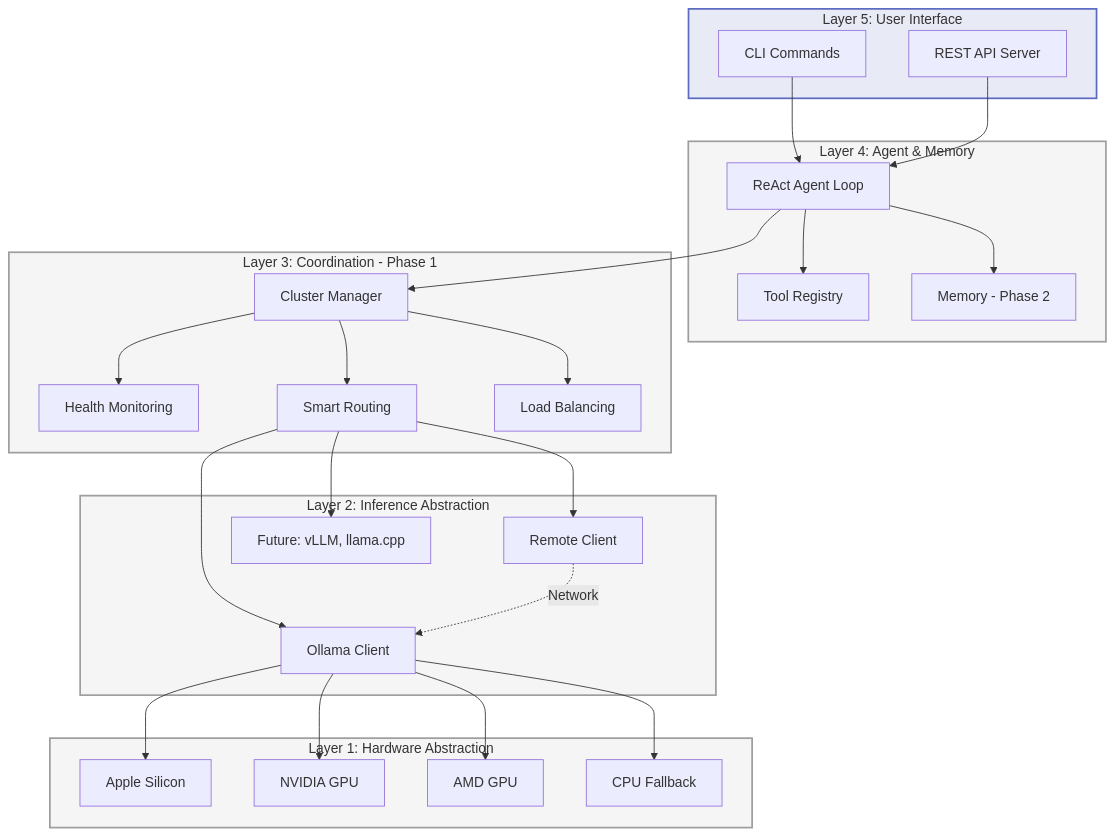
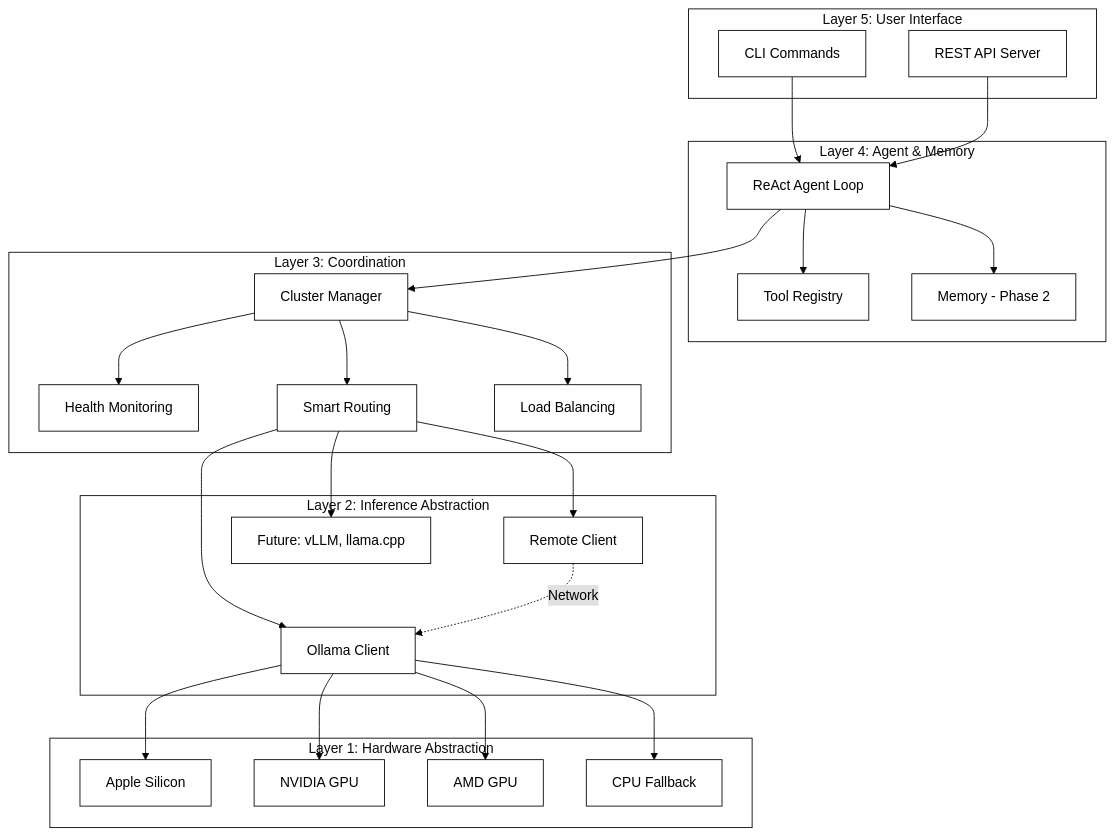
The second of 2 diagrams in README.md (smallthinkingmachines/harombe), drawn with Mermaid before and after one commit. The commit also changed other lines of this file, not shown here.

Commit message:
docs: update Mermaid diagrams with clean professional theme
- Use consistent base theme with black borders and white backgrounds
- Remove manual style overrides in favor of themeVariables
- Switch from 'graph' to 'flowchart' for better rendering
- Simplify coordinator label
- Update layer 3 label to just 'Coordination' (Phase 1 complete)
- Apply consistent theme across both architecture diagrams

````diff
--- a/README.md
+++ b/README.md
@@ -298,56 +294,51 @@
 ```mermaid
-graph TB
+%%{init: {'theme': 'base', 'themeVariables': {'primaryColor': '#ffffff', 'primaryTextColor': '#000000', 'primaryBorderColor': '#000000', 'lineColor': '#000000', 'secondaryColor': '#e8e8e8', 'tertiaryColor': '#f5f5f5', 'edgeLabelBackground': '#e0e0e0', 'clusterBkg': '#ffffff', 'clusterBorder': '#000000'}}}%%
+flowchart TB
     subgraph UI["Layer 5: User Interface"]
         CLI[CLI Commands]
         API[REST API Server]
     end
 
     subgraph Agent["Layer 4: Agent & Memory"]
         ReAct[ReAct Agent Loop]
         Tools[Tool Registry]
         Memory[Memory - Phase 2]
     end
 
-    subgraph Coord["Layer 3: Coordination - Phase 1"]
+    subgraph Coord["Layer 3: Coordination"]
         ClusterMgr[Cluster Manager]
         Health[Health Monitoring]
         Router[Smart Routing]
         LoadBal[Load Balancing]
     end
 
     subgraph Inference["Layer 2: Inference Abstraction"]
         OllamaClient[Ollama Client]
         RemoteClient[Remote Client]
         FutureClient[Future: vLLM, llama.cpp]
     end
 
     subgraph Hardware["Layer 1: Hardware Abstraction"]
         Apple[Apple Silicon]
         NVIDIA[NVIDIA GPU]
         AMD[AMD GPU]
         CPU[CPU Fallback]
     end
 
     CLI --> ReAct
     API --> ReAct
     ReAct --> Tools
     ReAct --> Memory
     ReAct --> ClusterMgr
     ClusterMgr --> Health
     ClusterMgr --> Router
     ClusterMgr --> LoadBal
     Router --> OllamaClient
     Router --> RemoteClient
     Router --> FutureClient
     OllamaClient --> Apple
     OllamaClient --> NVIDIA
     OllamaClient --> AMD
     OllamaClient --> CPU
     RemoteClient -.->|Network| OllamaClient
-
-    style UI fill:#e8eaf6,stroke:#5c6bc0,stroke-width:2px
-    style Agent fill:#f5f5f5,stroke:#9e9e9e,stroke-width:2px
-    style Coord fill:#f5f5f5,stroke:#9e9e9e,stroke-width:2px
-    style Inference fill:#f5f5f5,stroke:#9e9e9e,stroke-width:2px
-    style Hardware fill:#f5f5f5,stroke:#9e9e9e,stroke-width:2px
 ```
````
